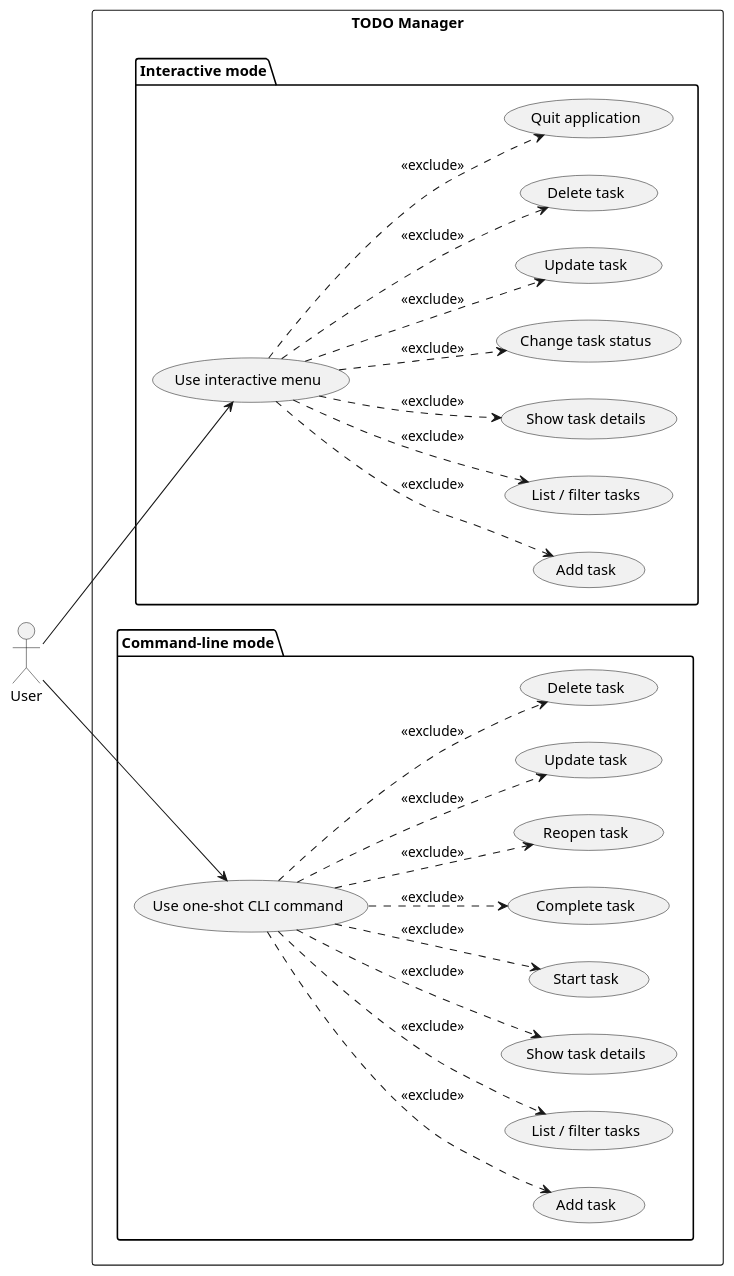
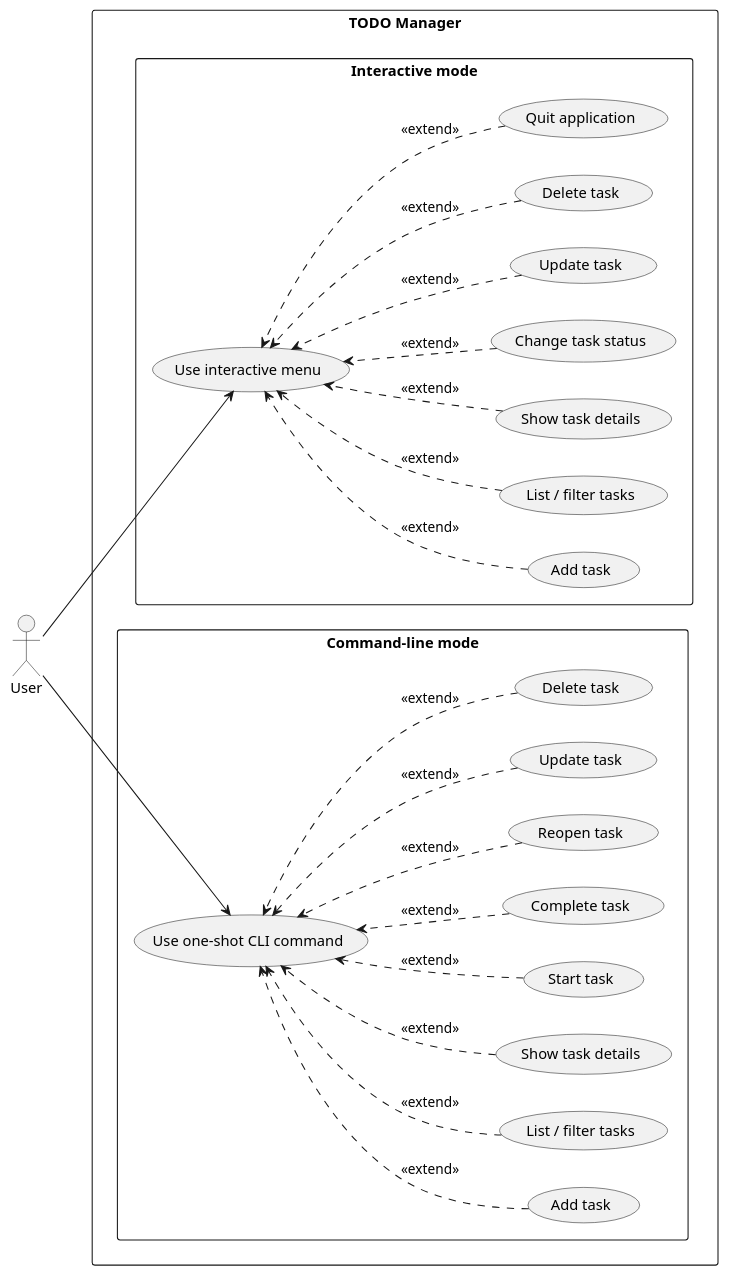
One commit to DanielRiha8906/Software_autoevolution_using_agents changed the diagram in baseline/TODO/artifacts/use_case_diagram.puml. Above: the diagram before and after it, drawn with PlantUML. The commit also changed 30 other files, not shown here.

```diff
--- a/baseline/TODO/artifacts/use_case_diagram.puml
+++ b/baseline/TODO/artifacts/use_case_diagram.puml
@@ -1,53 +1,75 @@
 @startuml use_case_diagram
 
 left to right direction
+skinparam packageStyle rectangle
 
 actor User
 
 rectangle "TODO Manager" {
 
   package "Interactive mode" {
     usecase "Use interactive menu" as UI
+
     usecase "Add task" as I_ADD
     usecase "List / filter tasks" as I_LIST
     usecase "Show task details" as I_SHOW
     usecase "Change task status" as I_STATUS
     usecase "Update task" as I_UPDATE
     usecase "Delete task" as I_DELETE
     usecase "Quit application" as I_QUIT
   }
 
   package "Command-line mode" {
     usecase "Use one-shot CLI command" as CLI
+
     usecase "Add task" as C_ADD
     usecase "List / filter tasks" as C_LIST
     usecase "Show task details" as C_SHOW
     usecase "Start task" as C_START
     usecase "Complete task" as C_DONE
     usecase "Reopen task" as C_REOPEN
     usecase "Update task" as C_UPDATE
     usecase "Delete task" as C_DELETE
   }
 }
 
 User --> UI
 User --> CLI
 
-UI ..> I_ADD    : <<exclude>>
-UI ..> I_LIST   : <<exclude>>
-UI ..> I_SHOW   : <<exclude>>
-UI ..> I_STATUS : <<exclude>>
-UI ..> I_UPDATE : <<exclude>>
-UI ..> I_DELETE : <<exclude>>
-UI ..> I_QUIT   : <<exclude>>
+' Layout hints: hlavní use case vlevo, extensions vpravo
+UI -[hidden]right-> I_ADD
+UI -[hidden]right-> I_LIST
+UI -[hidden]right-> I_SHOW
+UI -[hidden]right-> I_STATUS
+UI -[hidden]right-> I_UPDATE
+UI -[hidden]right-> I_DELETE
+UI -[hidden]right-> I_QUIT
 
-CLI ..> C_ADD    : <<exclude>>
-CLI ..> C_LIST   : <<exclude>>
-CLI ..> C_SHOW   : <<exclude>>
-CLI ..> C_START  : <<exclude>>
-CLI ..> C_DONE   : <<exclude>>
-CLI ..> C_REOPEN : <<exclude>>
-CLI ..> C_UPDATE : <<exclude>>
-CLI ..> C_DELETE : <<exclude>>
+CLI -[hidden]right-> C_ADD
+CLI -[hidden]right-> C_LIST
+CLI -[hidden]right-> C_SHOW
+CLI -[hidden]right-> C_START
+CLI -[hidden]right-> C_DONE
+CLI -[hidden]right-> C_REOPEN
+CLI -[hidden]right-> C_UPDATE
+CLI -[hidden]right-> C_DELETE
+
+' UMLově správně: extension use case ukazuje na base use case
+I_ADD    ..> UI : <<extend>>
+I_LIST   ..> UI : <<extend>>
+I_SHOW   ..> UI : <<extend>>
+I_STATUS ..> UI : <<extend>>
+I_UPDATE ..> UI : <<extend>>
+I_DELETE ..> UI : <<extend>>
+I_QUIT   ..> UI : <<extend>>
+
+C_ADD    ..> CLI : <<extend>>
+C_LIST   ..> CLI : <<extend>>
+C_SHOW   ..> CLI : <<extend>>
+C_START  ..> CLI : <<extend>>
+C_DONE   ..> CLI : <<extend>>
+C_REOPEN ..> CLI : <<extend>>
+C_UPDATE ..> CLI : <<extend>>
+C_DELETE ..> CLI : <<extend>>
 
 @enduml
```
